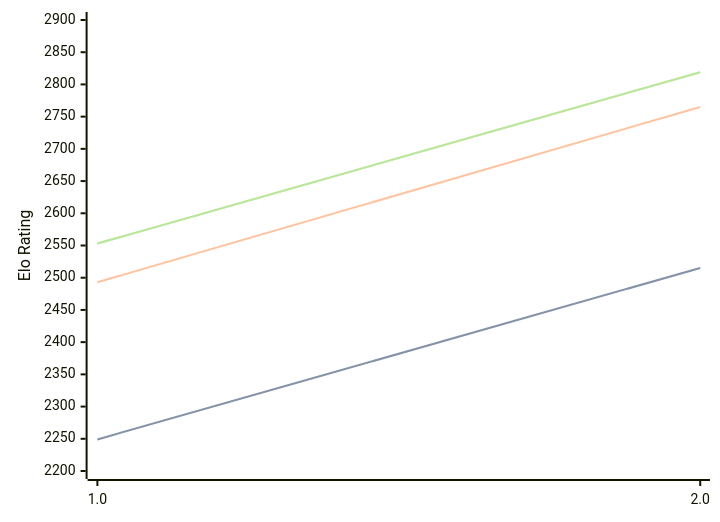
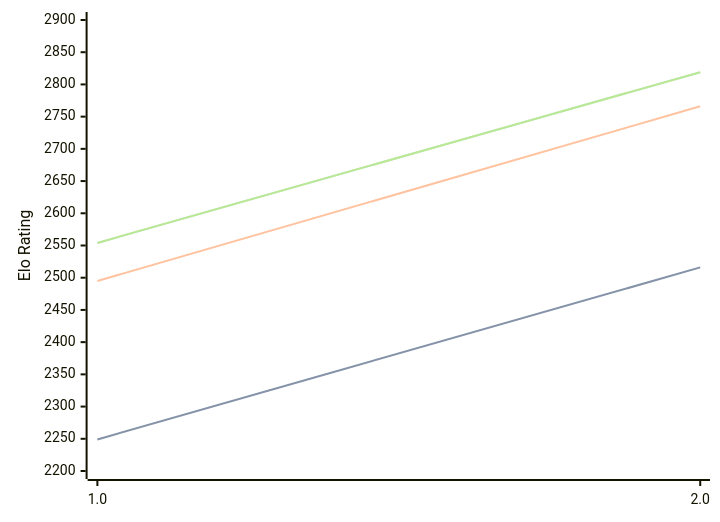
Before and after one commit to computer-chess-index/cci: the first of 3 diagrams in engines/Revolver.md, drawn with Mermaid. The commit also changed other lines of this file, not shown here.

Commit message:
Update CCI Ratings (ELO VLTC) - 2026-07-08

````diff
--- a/engines/Revolver.md
+++ b/engines/Revolver.md
@@ -32,11 +32,11 @@
 ```mermaid
 %%{init: {"theme":"base","themeVariables":{"seriesColors:['#a3a3a3','#222221','#faa371']}}}%%
 xychart-beta
   x-axis ["1.0", "2.0"]
   y-axis "Elo Rating" 2200 --> 2900
-  line "STC (8.0+0.08s)" [2249, 2515]
-  line "STC (8.0+0.08s)" [2249, 2515]
-  line "LTC (60.0+0.60s)" [2493, 2765]
-  line "VLTC (2m24s+1.12s)" [2553, 2819]
-  line "VLTC (2m24s+1.12s)" [2553, 2819]
+  line "STC (8.0+0.08s)" [2249, 2516]
+  line "STC (8.0+0.08s)" [2249, 2516]
+  line "LTC (60.0+0.60s)" [2495, 2766]
+  line "VLTC (2m24s+1.12s)" [2554, 2819]
+  line "VLTC (2m24s+1.12s)" [2554, 2819]
 ```
````
